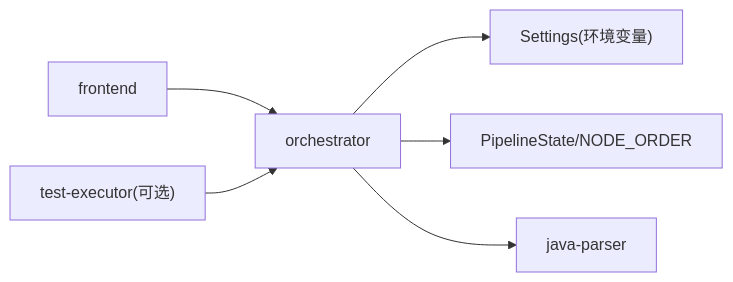
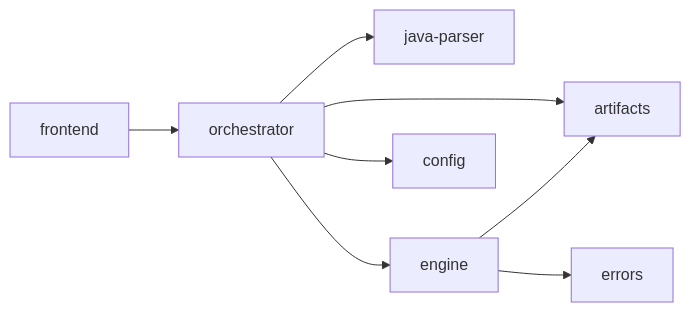
One commit to Joeyzheng001/LLM-AutoTest changed the seventh of 7 diagrams in .qoder/repowiki/zh/content/核心服务/核心服务.md. Above: the diagram before and after it, drawn with Mermaid. The commit also changed other lines of this file and 186 other files, not shown here.

````diff
--- a/.qoder/repowiki/zh/content/核心服务/核心服务.md
+++ b/.qoder/repowiki/zh/content/核心服务/核心服务.md
@@ -310,8 +281,10 @@
 ```mermaid
 graph LR
-ORCH["orchestrator"] --> CFG["Settings(环境变量)"]
-ORCH --> PIPE["PipelineState/NODE_ORDER"]
+FE["frontend"] --> ORCH["orchestrator"]
 ORCH --> JP["java-parser"]
-FE["frontend"] --> ORCH
-EXEC["test-executor(可选)"] --> ORCH
+ORCH --> ART["artifacts"]
+ORCH --> ENG["engine"]
+ENG --> ART
+ENG --> ERR["errors"]
+ORCH --> CFG["config"]
 ```
````
